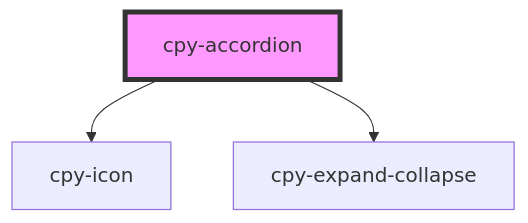
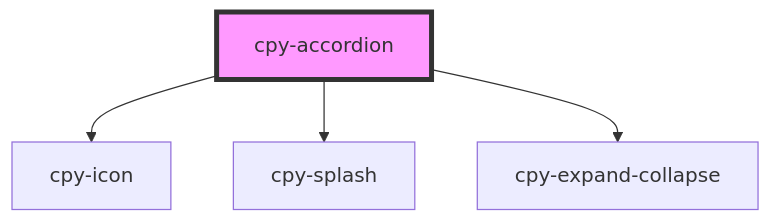
One commit to Lith1um/Canopy-Stencil changed the diagram in stencil-lib/src/components/accordion/readme.md. Above: the diagram before and after it, drawn with Mermaid. The commit also changed other lines of this file and 152 other files, not shown here.

````diff
--- a/stencil-lib/src/components/accordion/readme.md
+++ b/stencil-lib/src/components/accordion/readme.md
@@ -65,6 +66,7 @@
 ```mermaid
 graph TD;
   cpy-accordion --> cpy-icon
+  cpy-accordion --> cpy-splash
   cpy-accordion --> cpy-expand-collapse
   style cpy-accordion fill:#f9f,stroke:#333,stroke-width:4px
 ```
````
